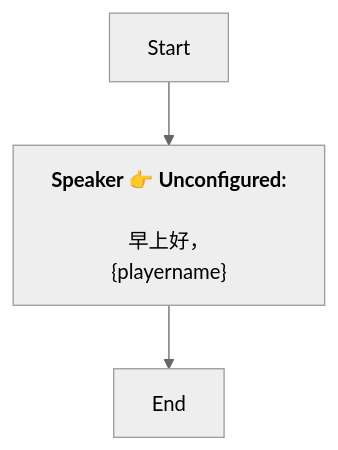
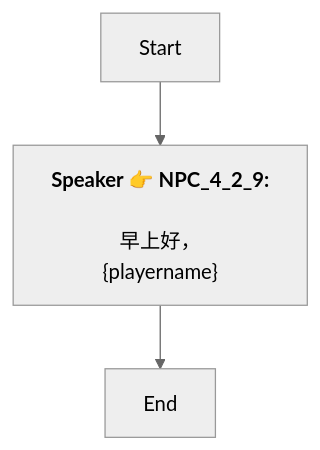
One commit to SoftHu/tos_avg changed the diagram in Zh/QuestApproachDialogNode_1741365225259229.md. Above: the diagram before and after it, drawn with Mermaid (neutral theme). The commit also changed 737 other files, not shown here.

````diff
--- a/Zh/QuestApproachDialogNode_1741365225259229.md
+++ b/Zh/QuestApproachDialogNode_1741365225259229.md
@@ -1,9 +1,8 @@
 ```mermaid
 graph
-Start -->1741464260069634[<b>Speaker 👉 Unconfigured:</b>
-
-早上好，
+Start -->1741464260069634[<b>Speaker 👉 NPC_4_2_9:</b>
+\n早上好，
 &lbrace;playername&rbrace;]
 1741464260069634 -->1741365335831777[End]
 
- ```
+```
````
